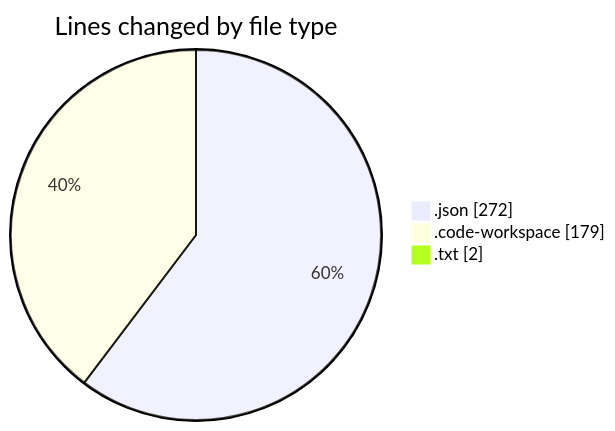
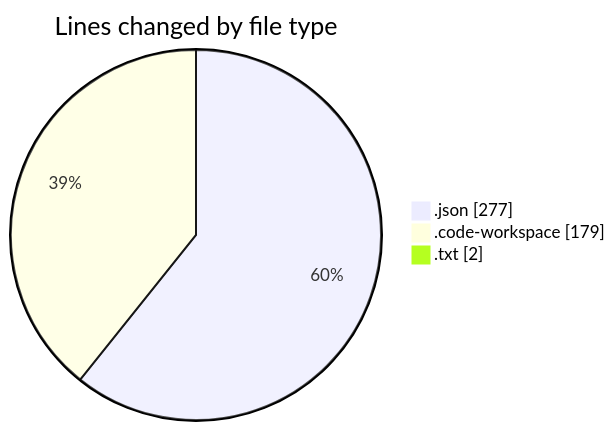
The first of 2 diagrams in 2026-02-24/workbench__workspace_/README.md (jadenblack/code-tracking), drawn with Mermaid before and after one commit. The commit also changed other lines of this file and 1 other file, not shown here.

````diff
--- a/2026-02-24/workbench__workspace_/README.md
+++ b/2026-02-24/workbench__workspace_/README.md
@@ -24,7 +25,7 @@
 ```mermaid
 pie showData
 title Lines changed by file type
-".json" : 272
+".json" : 277
 ".code-workspace" : 179
 ".txt" : 2
 ```
````
